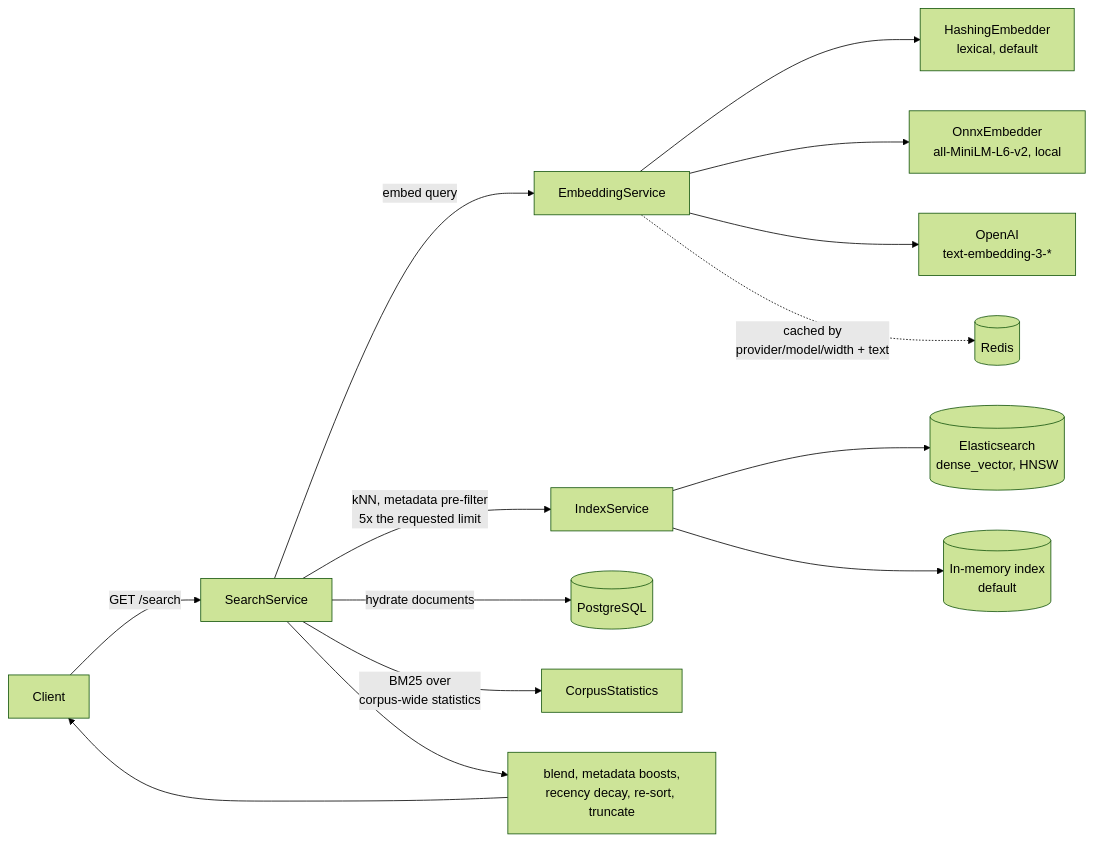
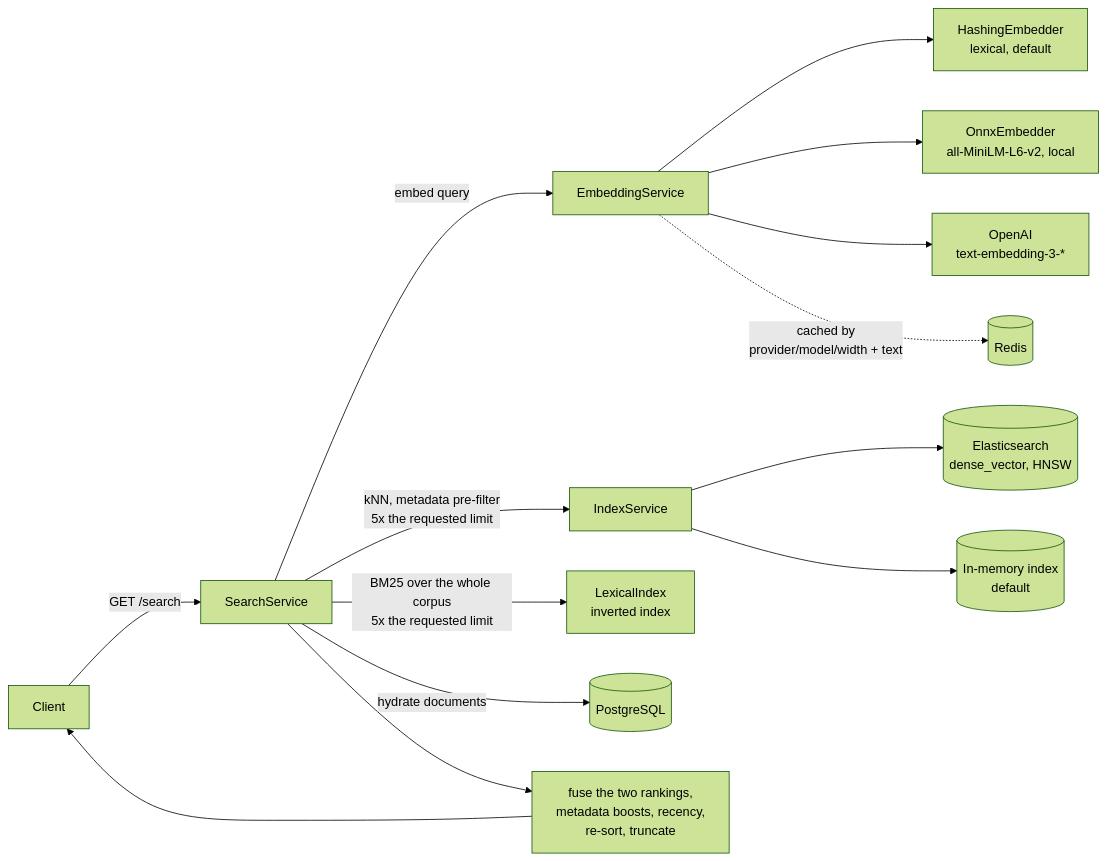
Before and after one commit to QHarshil/SemanticSearch: the diagram in README.md, drawn with Mermaid (forest theme). The commit also changed other lines of this file and 14 other files, not shown here.

````diff
--- a/README.md
+++ b/README.md
@@ -18,16 +19,16 @@
 ```mermaid
 flowchart LR
     C[Client] -->|GET /search| S[SearchService]
     S -->|embed query| EM[EmbeddingService]
     EM --> HE[HashingEmbedder<br/>lexical, default]
     EM --> ON[OnnxEmbedder<br/>all-MiniLM-L6-v2, local]
     EM --> OA[OpenAI<br/>text-embedding-3-*]
     EM -.->|cached by<br/>provider/model/width + text| RD[(Redis)]
     S -->|kNN, metadata pre-filter<br/>5x the requested limit| IX[IndexService]
     IX --> ES[(Elasticsearch<br/>dense_vector, HNSW)]
     IX --> MM[(In-memory index<br/>default)]
+    S -->|BM25 over the whole corpus<br/>5x the requested limit| LX[LexicalIndex<br/>inverted index]
     S -->|hydrate documents| PG[(PostgreSQL)]
-    S -->|BM25 over<br/>corpus-wide statistics| CS[CorpusStatistics]
-    S --> RK[blend, metadata boosts,<br/>recency decay, re-sort, truncate]
-    RK --> C
+    S --> FU[fuse the two rankings,<br/>metadata boosts, recency,<br/>re-sort, truncate]
+    FU --> C
 ```
````
